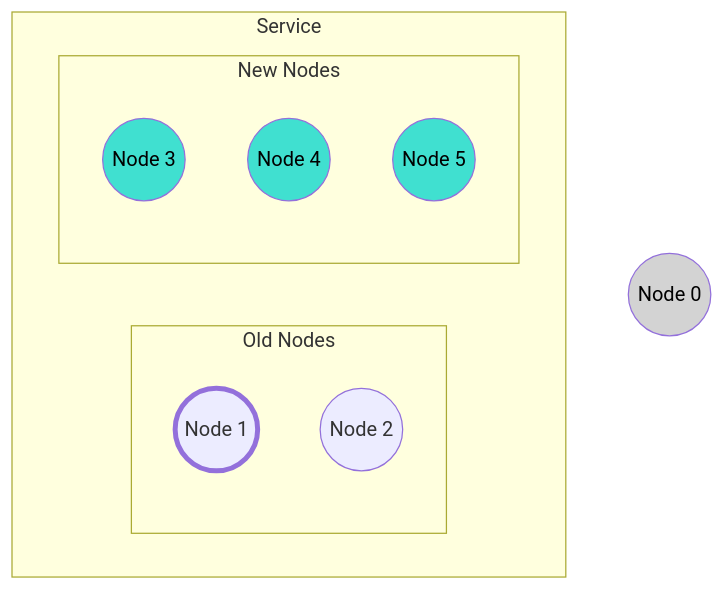
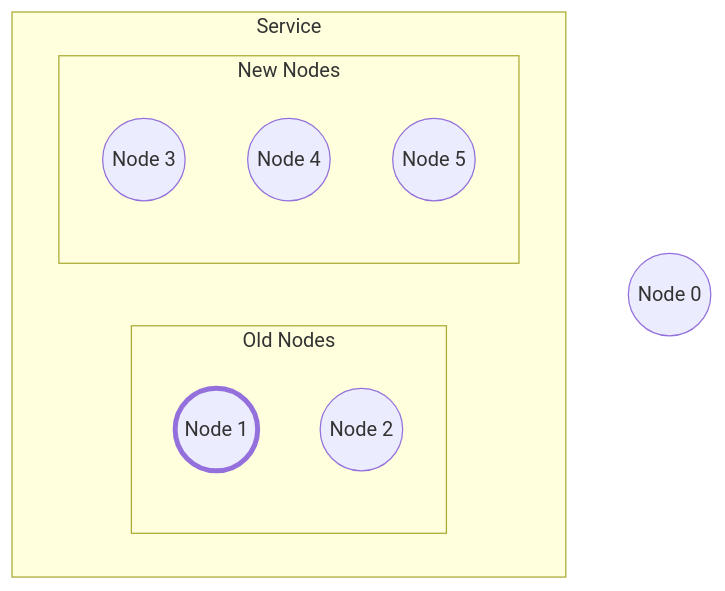
Before and after one commit to microsoft/CCF: the third of 6 diagrams in doc/operations/code_upgrade.rst, drawn with Mermaid. The commit also changed other lines of this file and 3 other files, not shown here.

First line of the commit message:
Use Pele defaults for diagram rendering

```diff
--- a/doc/operations/code_upgrade.rst
+++ b/doc/operations/code_upgrade.rst
@@ -75,26 +71,20 @@
 .. mermaid::
 
     graph TB;
-        classDef NewNode fill:Turquoise,color:black
-        classDef RetiredNode fill:LightGray,color:black
         classDef Primary stroke-width:4px
 
         Node0((Node 0))
-        class Node0 RetiredNode
 
         subgraph Service
             subgraph Old Nodes
                 Node1((Node 1))
                 class Node1 Primary
                 Node2((Node 2))
             end
 
             subgraph New Nodes
                 Node3((Node 3))
                 Node4((Node 4))
                 Node5((Node 5))
-                class Node3 NewNode
-                class Node4 NewNode
-                class Node5 NewNode
             end
         end
```
